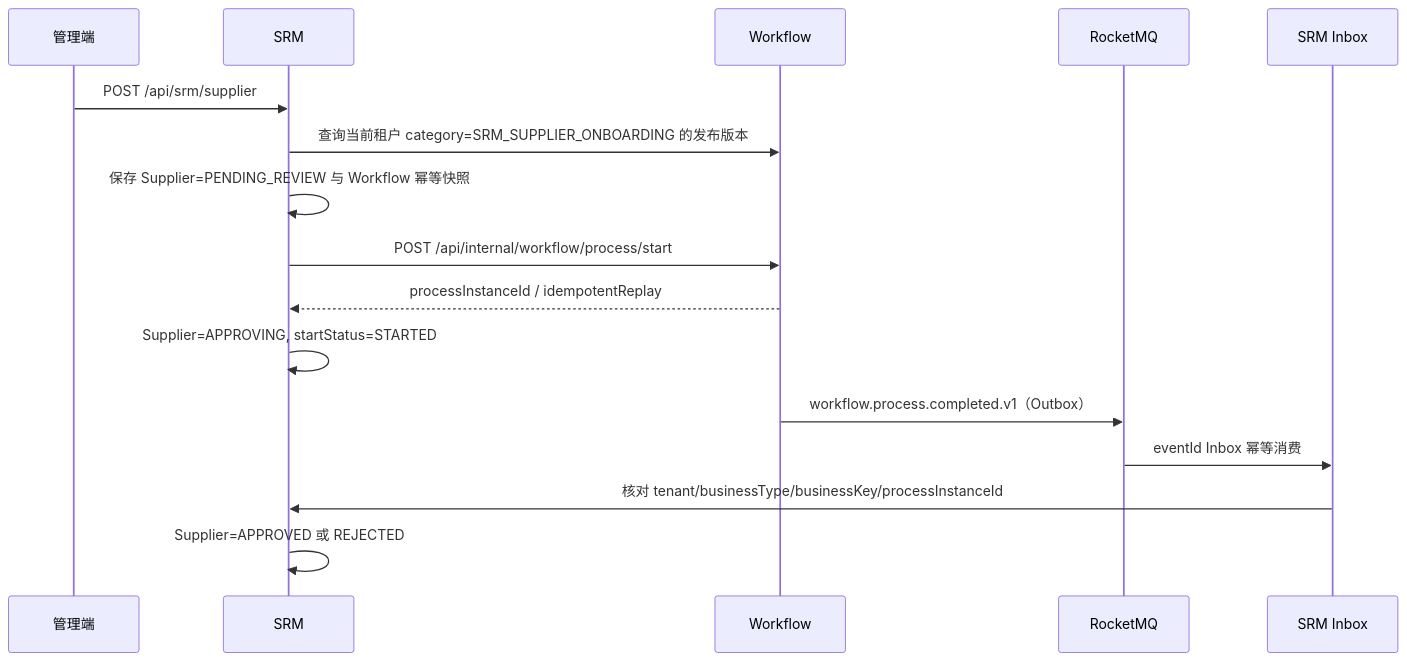
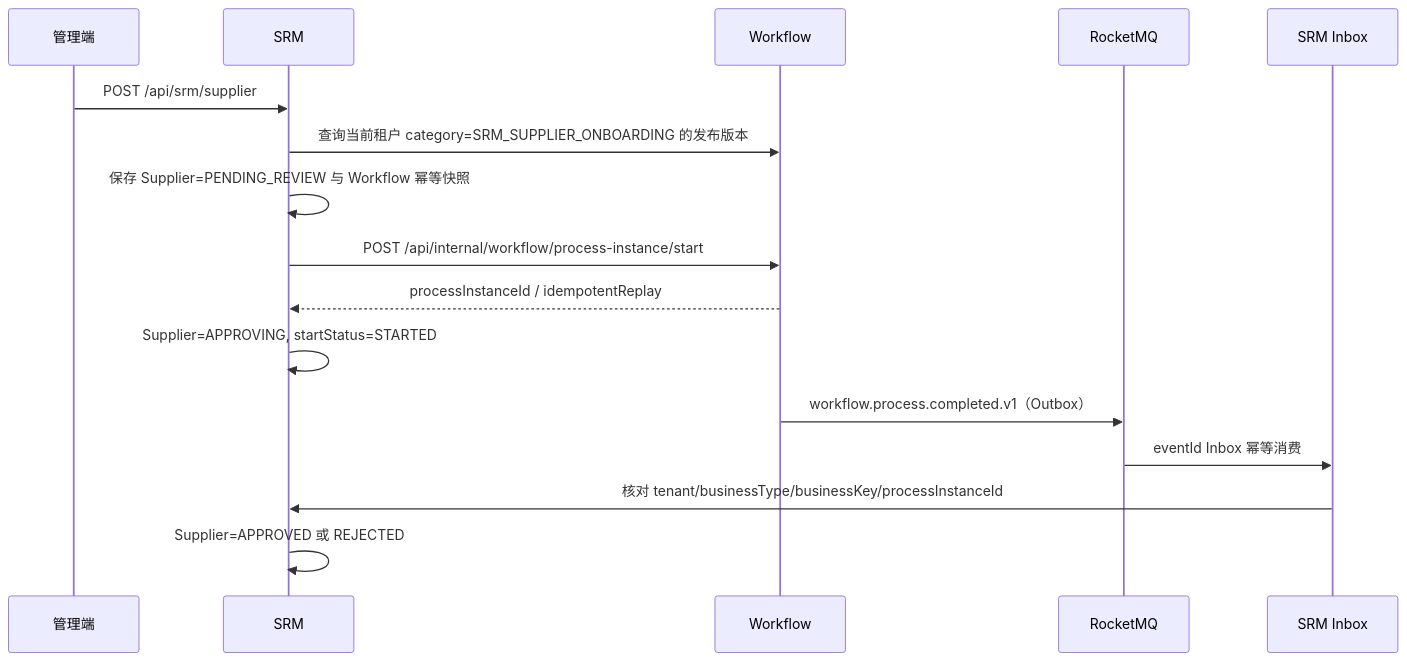
One commit to wang-baohai/Omni-Stack changed diagram 15 of 19 in docs/core-flows.md. Above: the diagram before and after it, drawn with Mermaid. The commit also changed other lines of this file and 1443 other files, not shown here.

````diff
--- a/docs/core-flows.md
+++ b/docs/core-flows.md
@@ -1720,19 +1720,19 @@
 ```mermaid
 sequenceDiagram
     participant U as 管理端
     participant S as SRM
     participant W as Workflow
     participant M as RocketMQ
     participant D as SRM Inbox
 
     U->>S: POST /api/srm/supplier
     S->>W: 查询当前租户 category=SRM_SUPPLIER_ONBOARDING 的发布版本
     S->>S: 保存 Supplier=PENDING_REVIEW 与 Workflow 幂等快照
-    S->>W: POST /api/internal/workflow/process/start
+    S->>W: POST /api/internal/workflow/process-instance/start
     W-->>S: processInstanceId / idempotentReplay
     S->>S: Supplier=APPROVING, startStatus=STARTED
     W->>M: workflow.process.completed.v1（Outbox）
     M->>D: eventId Inbox 幂等消费
     D->>S: 核对 tenant/businessType/businessKey/processInstanceId
     S->>S: Supplier=APPROVED 或 REJECTED
 ```
````
